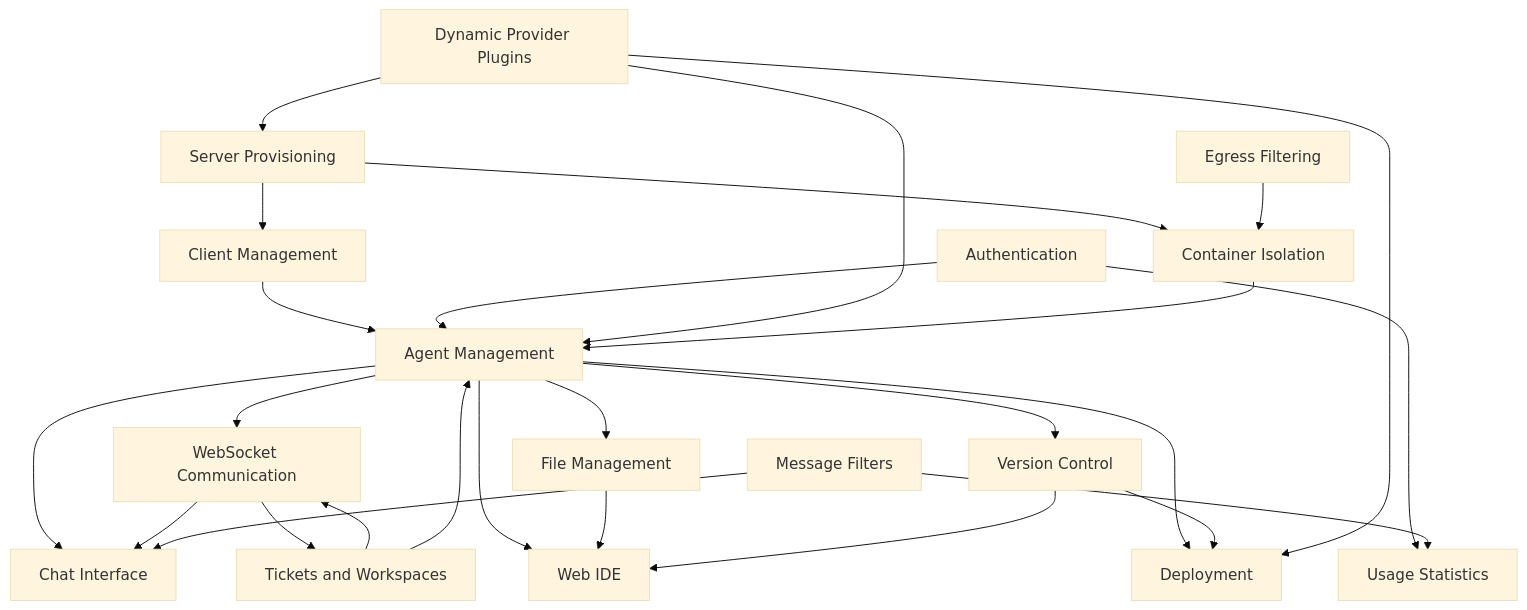
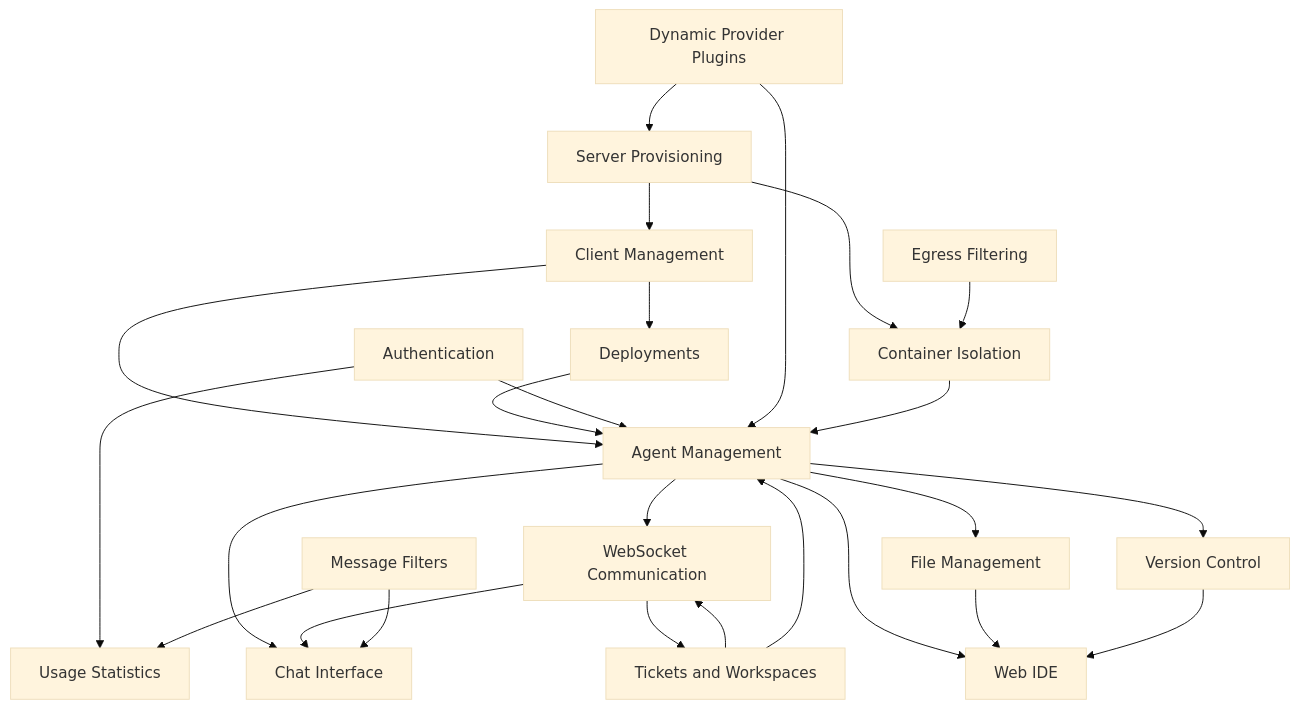
The diagram in docs/agenstra/features/README.md (forepath/one), drawn with Mermaid (base theme) before and after one commit. The commit also changed other lines of this file and 329 other files, not shown here.

````diff
--- a/docs/agenstra/features/README.md
+++ b/docs/agenstra/features/README.md
@@ -272,45 +271,44 @@
 ```mermaid
 graph TB
     CM[Client Management]
     AM[Agent Management]
     SP[Server Provisioning]
     WS[WebSocket Communication]
     FM[File Management]
     VC[Version Control]
     IDE[Web IDE]
     Chat[Chat Interface]
-    DEP[Deployment]
+    DEP[Deployments]
     AUTH[Authentication]
     TK[Tickets and Workspaces]
     ST[Usage Statistics]
     FR[Message Filters]
     EG[Egress Filtering]
     CI[Container Isolation]
     DP[Dynamic Provider Plugins]
 
     SP --> CM
     CM --> AM
     AM --> WS
     AM --> FM
     AM --> VC
     AM --> IDE
     AM --> Chat
-    AM --> DEP
+    CM --> DEP
+    DEP --> AM
     WS --> Chat
     WS --> TK
     FM --> IDE
     VC --> IDE
-    VC --> DEP
     AUTH --> AM
     AUTH --> ST
     TK --> WS
     FR --> Chat
     FR --> ST
     TK --> AM
     DP --> SP
     DP --> AM
-    DP --> DEP
     SP --> CI
     CI --> AM
     EG --> CI
 ```
````
